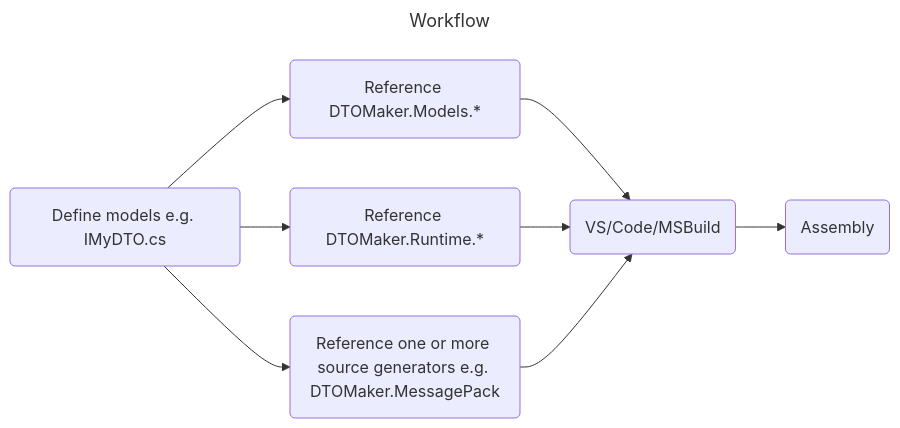
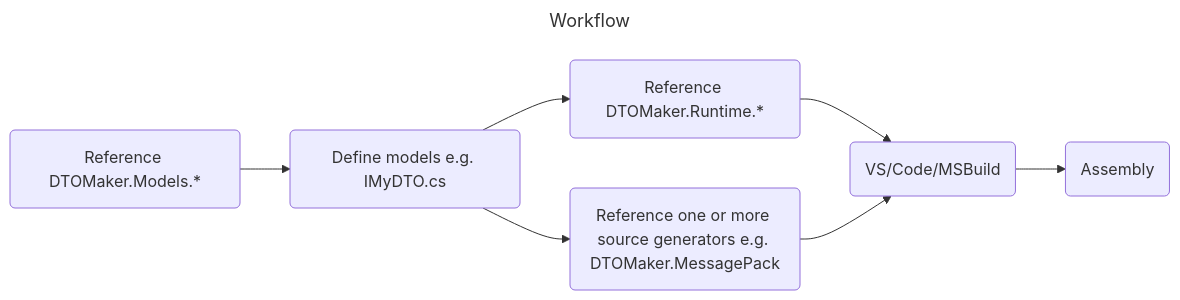
Before and after one commit to datafac/storage: the diagram in README.md, drawn with Mermaid. The commit also changed other lines of this file, not shown here.

````diff
--- a/README.md
+++ b/README.md
@@ -40,19 +40,18 @@
 ```mermaid
 ---
 title: Workflow
 ---
 flowchart LR
     def(Define models e.g. IMyDTO.cs)
     ref1(Reference DTOMaker.Models.*)
     ref2(Reference DTOMaker.Runtime.*)
     ref3(Reference one or more source generators e.g. DTOMaker.MessagePack)
     bld(VS/Code/MSBuild)
     pkg(Assembly)
-    def-->ref1
+    ref1-->def
     def-->ref2
     def-->ref3
-    ref1-->bld
     ref2-->bld
     ref3-->bld
     bld-->pkg
 ```
````
